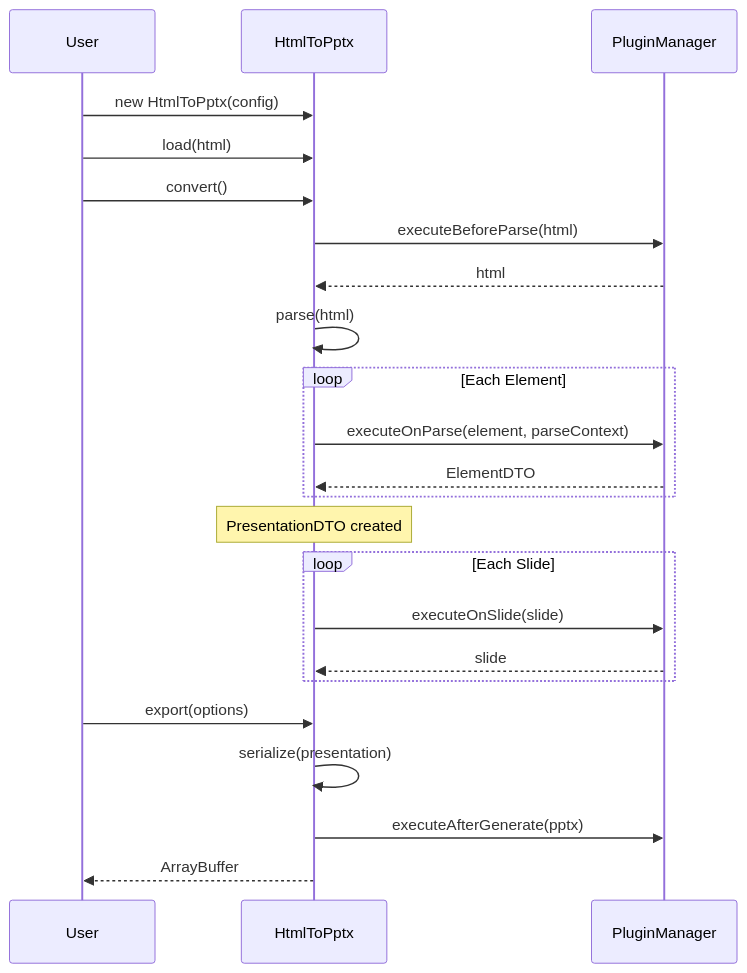
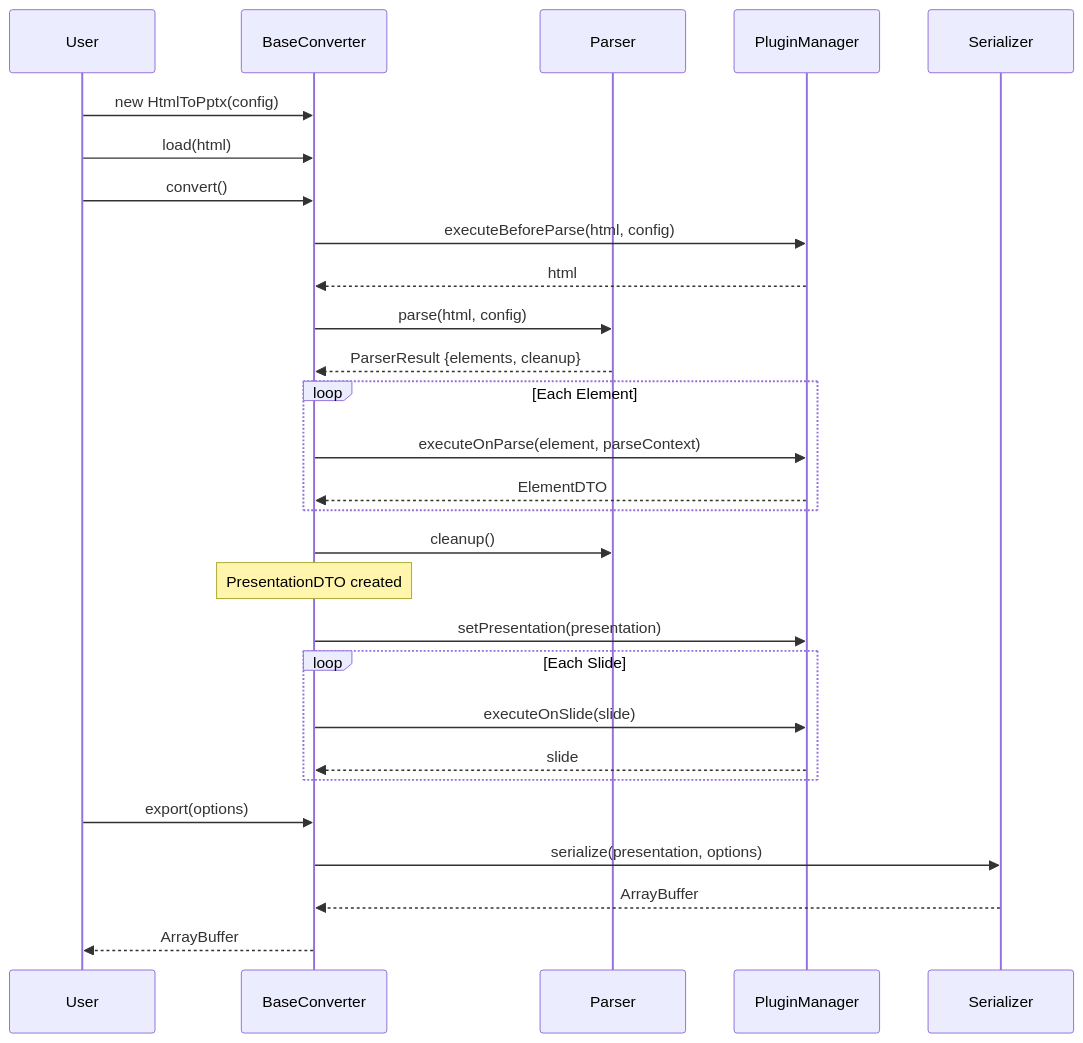
The first of 3 diagrams in README.md (christphralden/html-in-pptx-out), drawn with Mermaid before and after one commit. The commit also changed other lines of this file and 24 other files, not shown here.

````diff
--- a/README.md
+++ b/README.md
@@ -88,26 +88,31 @@
 ```mermaid
 sequenceDiagram
     participant User
-    participant HtmlToPptx
+    participant BaseConverter
+    participant Parser
     participant PluginManager
+    participant Serializer
 
-    User->>HtmlToPptx: new HtmlToPptx(config)
-    User->>HtmlToPptx: load(html)
-    User->>HtmlToPptx: convert()
-    HtmlToPptx->>PluginManager: executeBeforeParse(html)
-    PluginManager-->>HtmlToPptx: html
-    HtmlToPptx->>HtmlToPptx: parse(html)
+    User->>BaseConverter: new HtmlToPptx(config)
+    User->>BaseConverter: load(html)
+    User->>BaseConverter: convert()
+    BaseConverter->>PluginManager: executeBeforeParse(html, config)
+    PluginManager-->>BaseConverter: html
+    BaseConverter->>Parser: parse(html, config)
+    Parser-->>BaseConverter: ParserResult {elements, cleanup}
     loop Each Element
-        HtmlToPptx->>PluginManager: executeOnParse(element, parseContext)
-        PluginManager-->>HtmlToPptx: ElementDTO
+        BaseConverter->>PluginManager: executeOnParse(element, parseContext)
+        PluginManager-->>BaseConverter: ElementDTO
     end
-    Note over HtmlToPptx: PresentationDTO created
+    BaseConverter->>Parser: cleanup()
+    Note over BaseConverter: PresentationDTO created
+    BaseConverter->>PluginManager: setPresentation(presentation)
     loop Each Slide
-        HtmlToPptx->>PluginManager: executeOnSlide(slide)
-        PluginManager-->>HtmlToPptx: slide
+        BaseConverter->>PluginManager: executeOnSlide(slide)
+        PluginManager-->>BaseConverter: slide
     end
-    User->>HtmlToPptx: export(options)
-    HtmlToPptx->>HtmlToPptx: serialize(presentation)
-    HtmlToPptx->>PluginManager: executeAfterGenerate(pptx)
-    HtmlToPptx-->>User: ArrayBuffer
+    User->>BaseConverter: export(options)
+    BaseConverter->>Serializer: serialize(presentation, options)
+    Serializer-->>BaseConverter: ArrayBuffer
+    BaseConverter-->>User: ArrayBuffer
 ```
````
